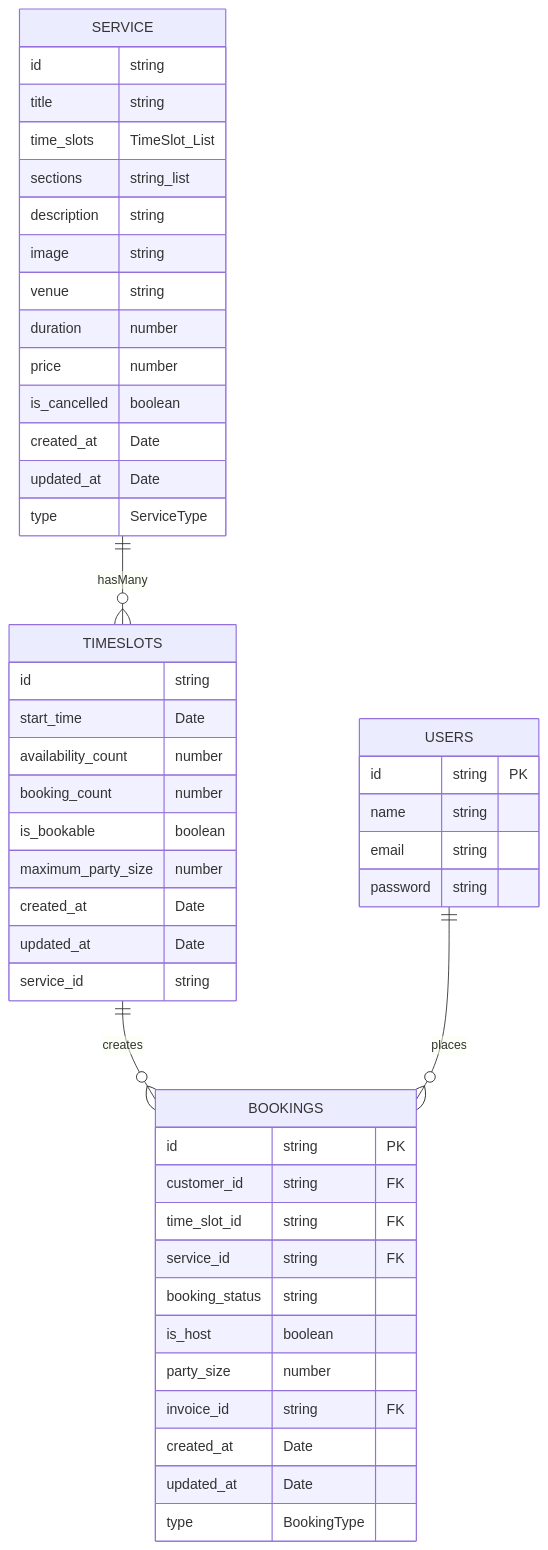
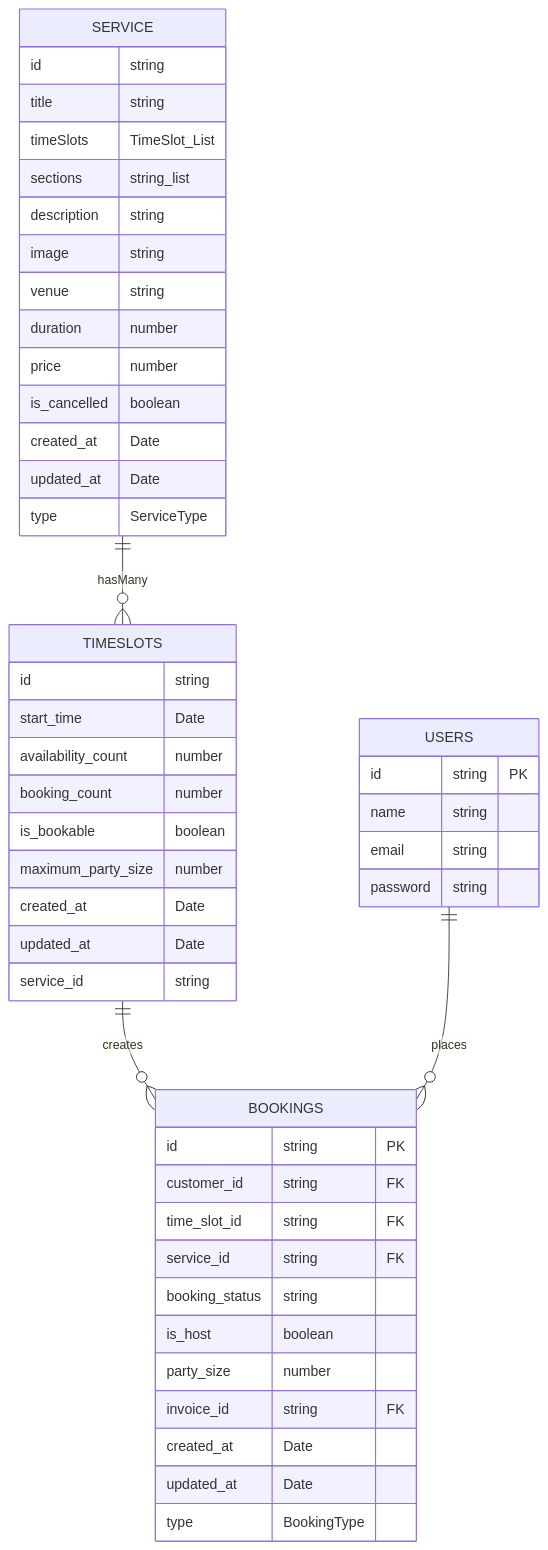
One commit to garaxer/nx-psych changed the second of 3 diagrams in apps/api/readme.md. Above: the diagram before and after it, drawn with Mermaid. The commit also changed 17 other files, not shown here.

````diff
--- a/apps/api/readme.md
+++ b/apps/api/readme.md
@@ -18,52 +18,52 @@
 ```mermaid
 erDiagram
     SERVICE ||--o{ TIMESLOTS : hasMany
     SERVICE {
         id string
         title string
-        time_slots TimeSlot_List
+        timeSlots TimeSlot_List
         sections string_list
         description string
         image string
         venue string
         duration number
         price number
         is_cancelled boolean
         created_at Date
         updated_at Date
         type ServiceType
     } 
     TIMESLOTS ||--o{ BOOKINGS : creates
     TIMESLOTS {
         id string
         start_time Date
         availability_count number
         booking_count number
         is_bookable boolean
         maximum_party_size number
         created_at Date
         updated_at Date
         service_id string
     }
     BOOKINGS {
         id string PK
         customer_id string FK
         time_slot_id string FK
         service_id string FK
         booking_status string
         is_host boolean
         party_size number
         invoice_id string FK
         created_at Date
         updated_at Date
         type BookingType
     }
     USERS ||--o{ BOOKINGS : places
     USERS {
         id string PK
         name string
         email string
         password string
     }
 
 ```
````
